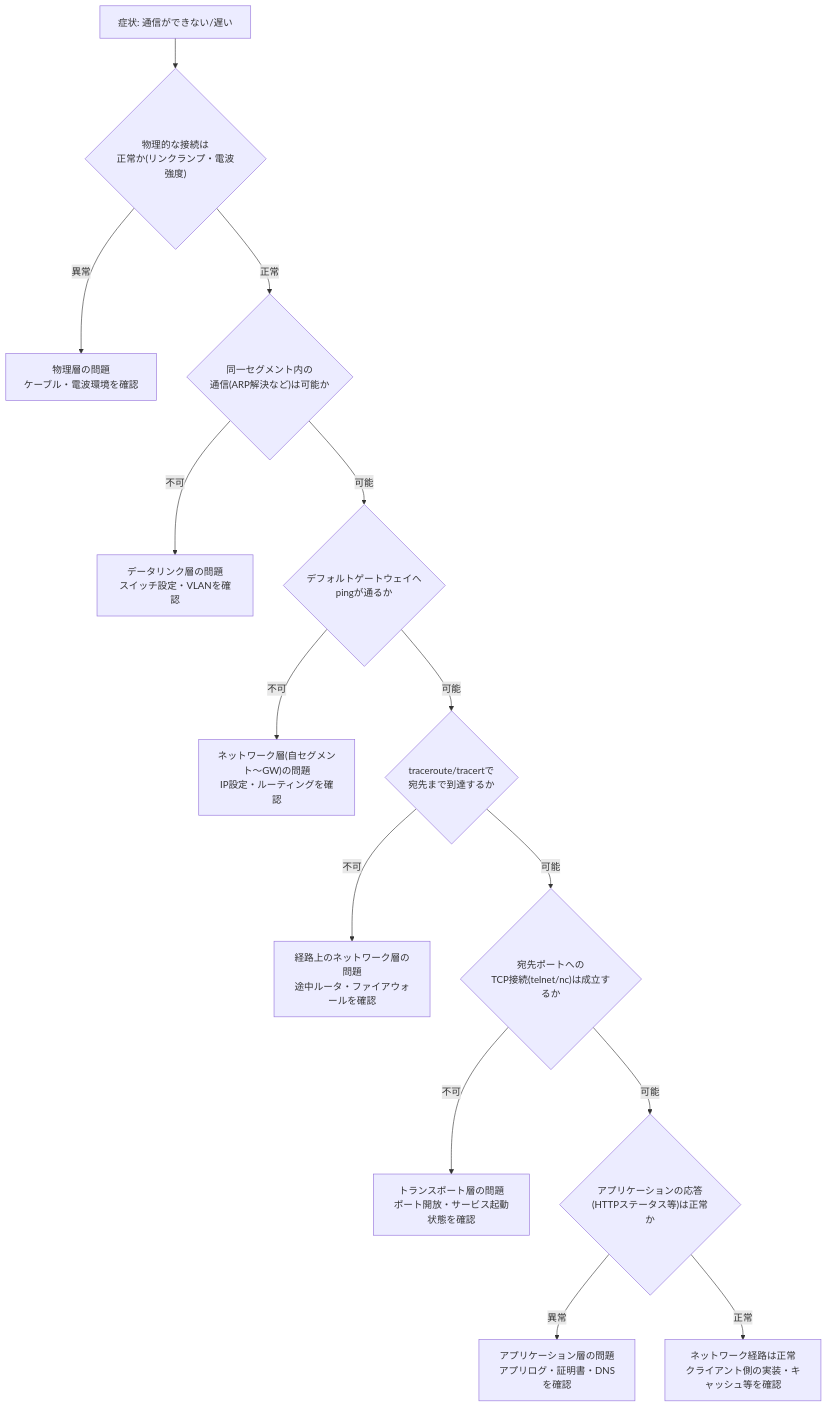
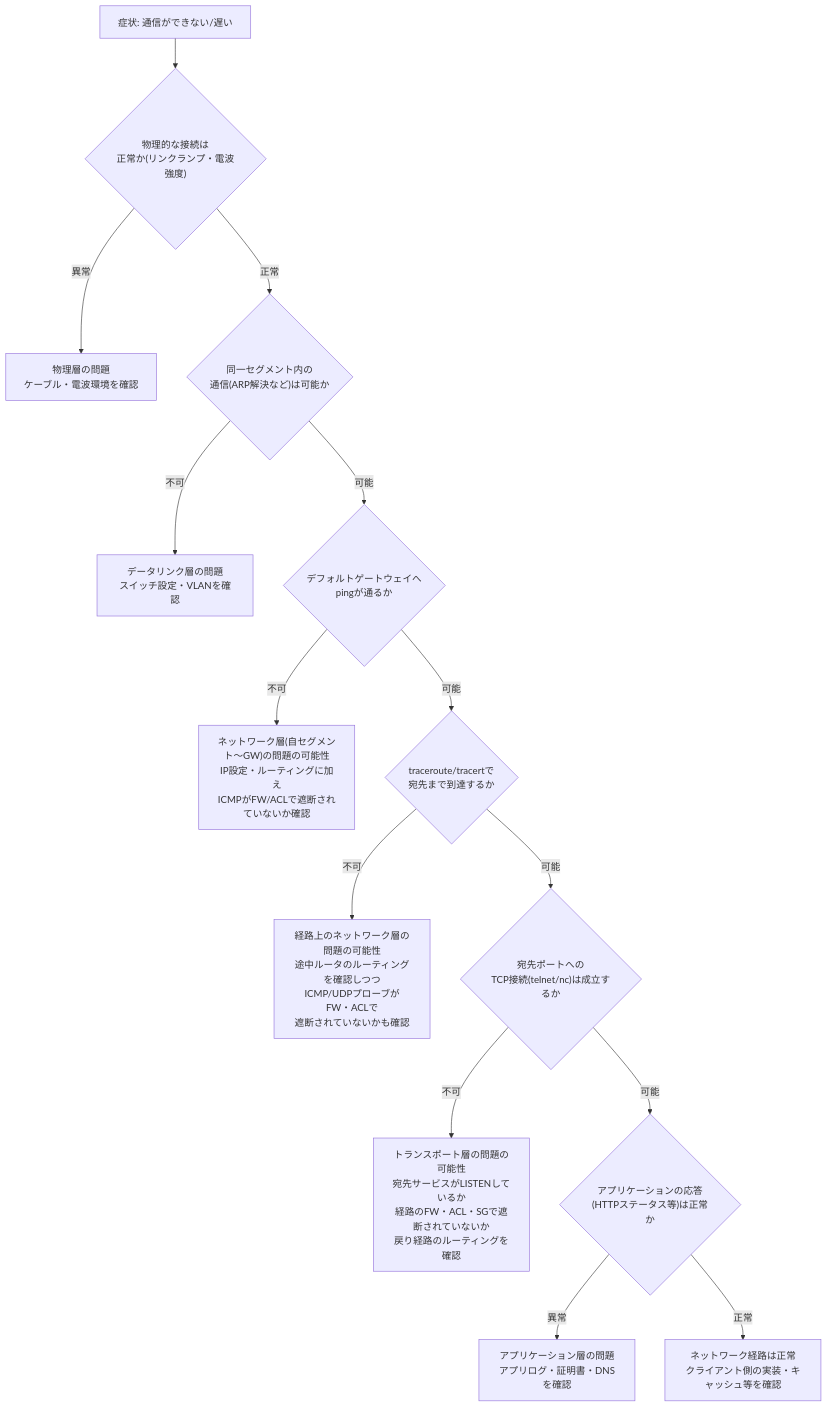
Diagram 21 of 21 in Computer-networks-tanenbaum.md (myoshi2891/Cloud-Infrastructure-Studies), drawn with Mermaid before and after one commit. The commit also changed other lines of this file, not shown here.

Commit message:
docs(network): refine QUIC/HTTP3 descriptions and troubleshooting steps in Tanenbaum study guide

````diff
--- a/Computer-networks-tanenbaum.md
+++ b/Computer-networks-tanenbaum.md
@@ -709,16 +709,16 @@
 ```mermaid
 flowchart TD
     Q1["症状: 通信ができない/遅い"] --> Q2{"物理的な接続は<br/>正常か(リンクランプ・電波強度)"}
     Q2 -->|異常| F1["物理層の問題<br/>ケーブル・電波環境を確認"]
     Q2 -->|正常| Q3{"同一セグメント内の<br/>通信(ARP解決など)は可能か"}
     Q3 -->|不可| F2["データリンク層の問題<br/>スイッチ設定・VLANを確認"]
     Q3 -->|可能| Q4{"デフォルトゲートウェイへ<br/>pingが通るか"}
-    Q4 -->|不可| F3["ネットワーク層(自セグメント〜GW)の問題<br/>IP設定・ルーティングを確認"]
+    Q4 -->|不可| F3["ネットワーク層(自セグメント〜GW)の問題の可能性<br/>IP設定・ルーティングに加え<br/>ICMPがFW/ACLで遮断されていないか確認"]
     Q4 -->|可能| Q5{"traceroute/tracertで<br/>宛先まで到達するか"}
-    Q5 -->|不可| F4["経路上のネットワーク層の問題<br/>途中ルータ・ファイアウォールを確認"]
+    Q5 -->|不可| F4["経路上のネットワーク層の問題の可能性<br/>途中ルータのルーティングを確認しつつ<br/>ICMP/UDPプローブがFW・ACLで<br/>遮断されていないかも確認"]
     Q5 -->|可能| Q6{"宛先ポートへの<br/>TCP接続(telnet/nc)は成立するか"}
-    Q6 -->|不可| F5["トランスポート層の問題<br/>ポート開放・サービス起動状態を確認"]
+    Q6 -->|不可| F5["トランスポート層の問題の可能性<br/>宛先サービスがLISTENしているか<br/>経路のFW・ACL・SGで遮断されていないか<br/>戻り経路のルーティングを確認"]
     Q6 -->|可能| Q7{"アプリケーションの応答<br/>(HTTPステータス等)は正常か"}
     Q7 -->|異常| F6["アプリケーション層の問題<br/>アプリログ・証明書・DNSを確認"]
     Q7 -->|正常| F7["ネットワーク経路は正常<br/>クライアント側の実装・キャッシュ等を確認"]
 ```
````
